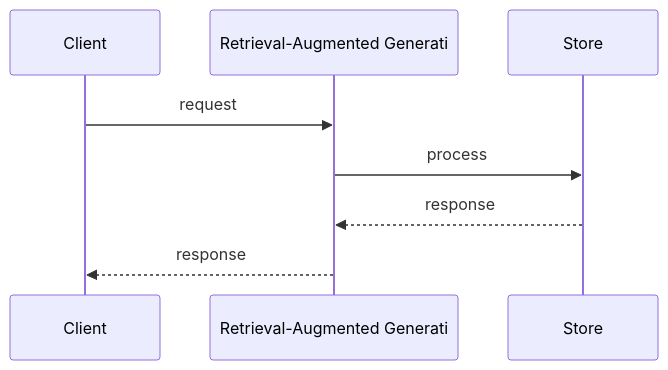
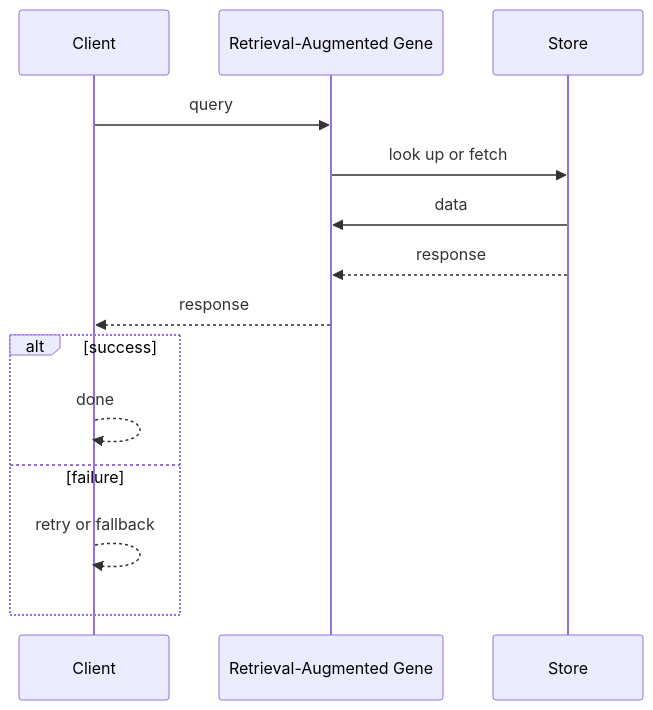
One commit to RIT-MESH/system-design-mastery changed the second of 3 diagrams in case-studies/extreme/rag-platform.md. Above: the diagram before and after it, drawn with Mermaid. The commit also changed other lines of this file and 215 other files, not shown here.

First line of the commit message:
Complete all remaining work: expand case studies, add 13 AI case studies, fix diagrams, status to Complete

````diff
--- a/case-studies/extreme/rag-platform.md
+++ b/case-studies/extreme/rag-platform.md
@@ -23,11 +24,17 @@
 ```mermaid
 %% created-for: system-design-mastery
 sequenceDiagram
   participant P0 as Client
-  participant P1 as Retrieval-Augmented Generati
+  participant P1 as Retrieval-Augmented Gene
   participant P2 as Store
-  P0 ->> P1: request
-  P1 ->> P2: process
+  P0 ->> P1: query
+  P1 ->> P2: look up or fetch
+  P2 ->> P1: data
   P2 -->> P1: response
   P1 -->> P0: response
+  alt success
+    P0 -->> P0: done
+  else failure
+    P0 -->> P0: retry or fallback
+  end
 ```
````
